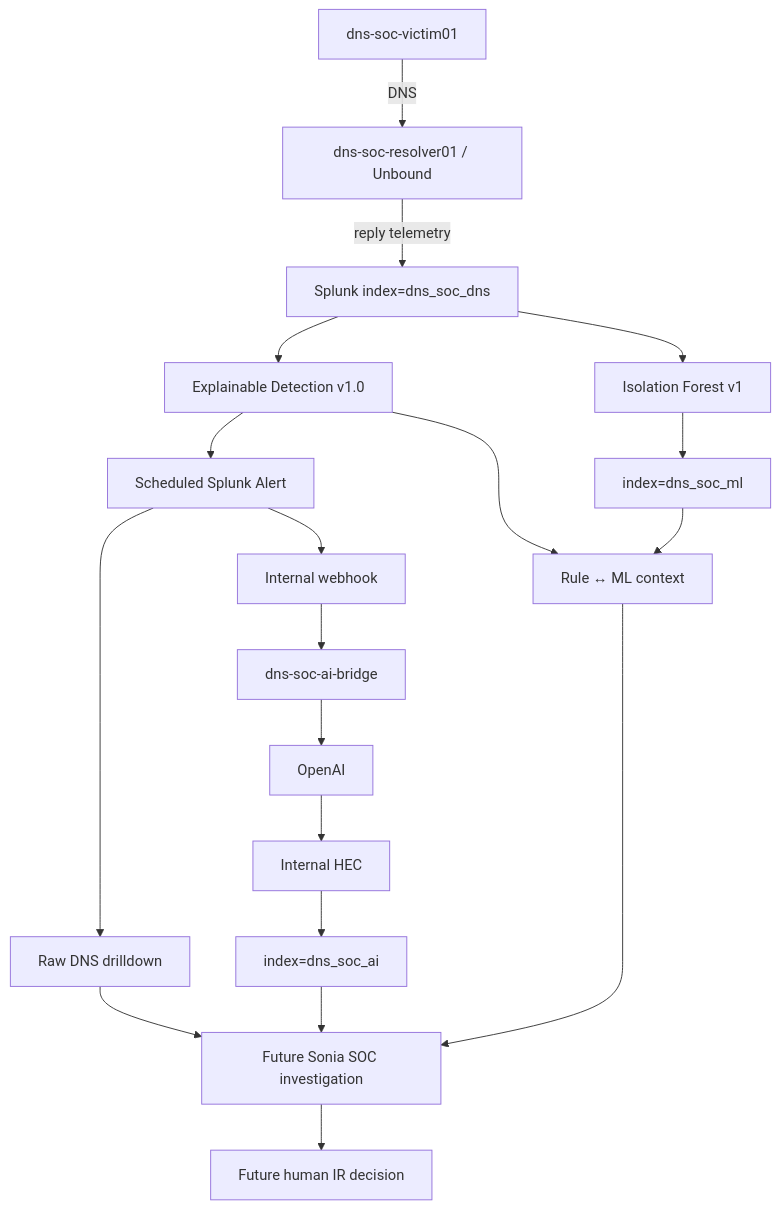
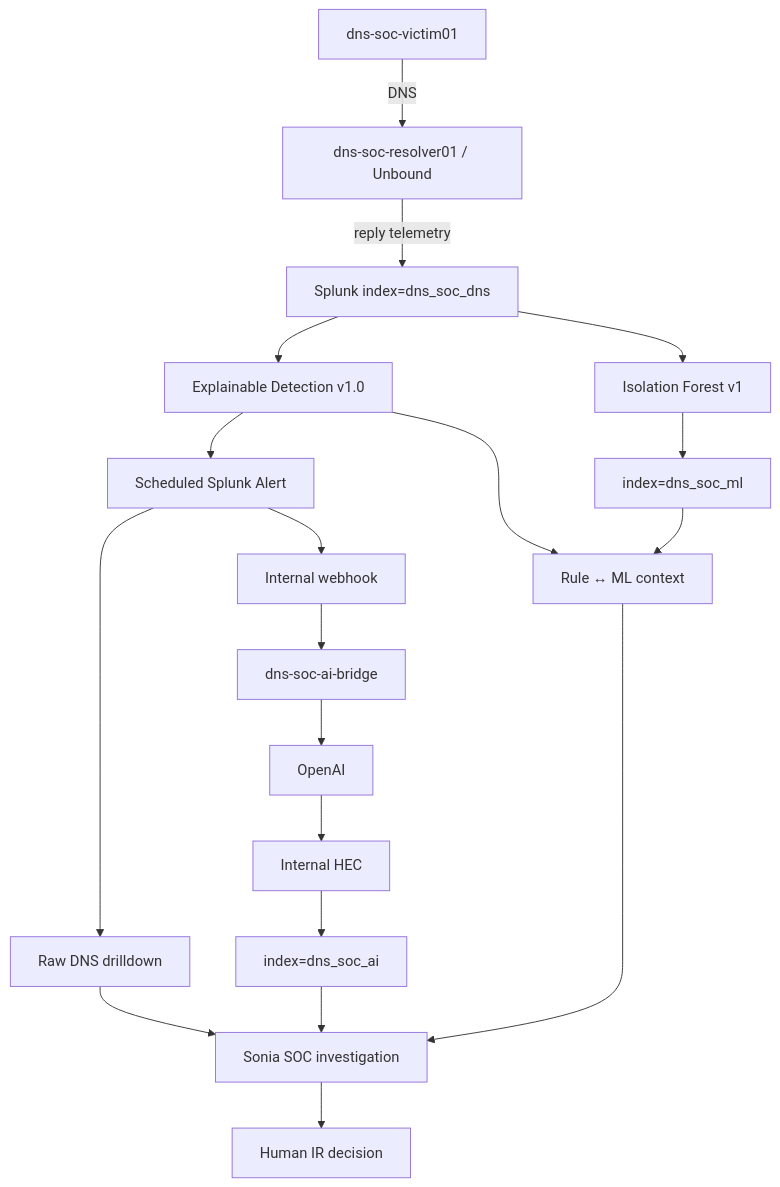
Before and after one commit to DNSentinel-Lab/Scenario-02-DGA: the diagram in detection-engineering/DETECTION-ENGINEERING.md, drawn with Mermaid. The commit also changed other lines of this file and 10 other files, not shown here.

````diff
--- a/detection-engineering/DETECTION-ENGINEERING.md
+++ b/detection-engineering/DETECTION-ENGINEERING.md
@@ -836,24 +836,24 @@
 ```mermaid
 flowchart TB
     V["dns-soc-victim01"] -->|DNS| R["dns-soc-resolver01 / Unbound"]
     R -->|reply telemetry| DNS["Splunk index=dns_soc_dns"]
 
     DNS --> RULE["Explainable Detection v1.0"]
     DNS --> ML["Isolation Forest v1"]
     ML --> MLI["index=dns_soc_ml"]
     RULE --> CMP["Rule ↔ ML context"]
     MLI --> CMP
 
     RULE --> ALERT["Scheduled Splunk Alert"]
     ALERT --> RAW["Raw DNS drilldown"]
     ALERT --> WEB["Internal webhook"]
     WEB --> BRIDGE["dns-soc-ai-bridge"]
     BRIDGE --> OAI["OpenAI"]
     OAI --> HEC["Internal HEC"]
     HEC --> AI["index=dns_soc_ai"]
 
-    RAW --> SOC["Future Sonia SOC investigation"]
+    RAW --> SOC["Sonia SOC investigation"]
     AI --> SOC
     CMP --> SOC
-    SOC --> IR["Future human IR decision"]
+    SOC --> IR["Human IR decision"]
 ```
````
